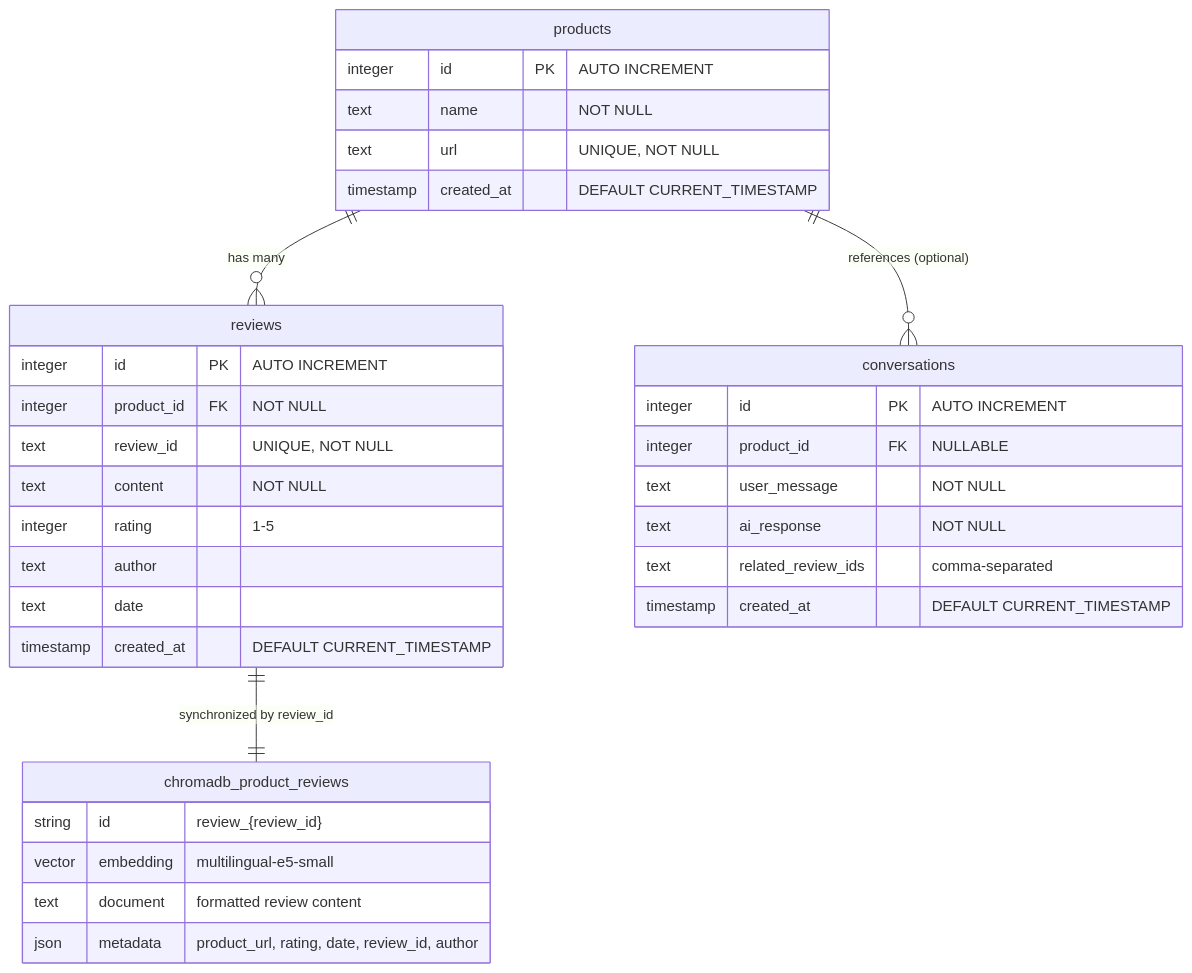
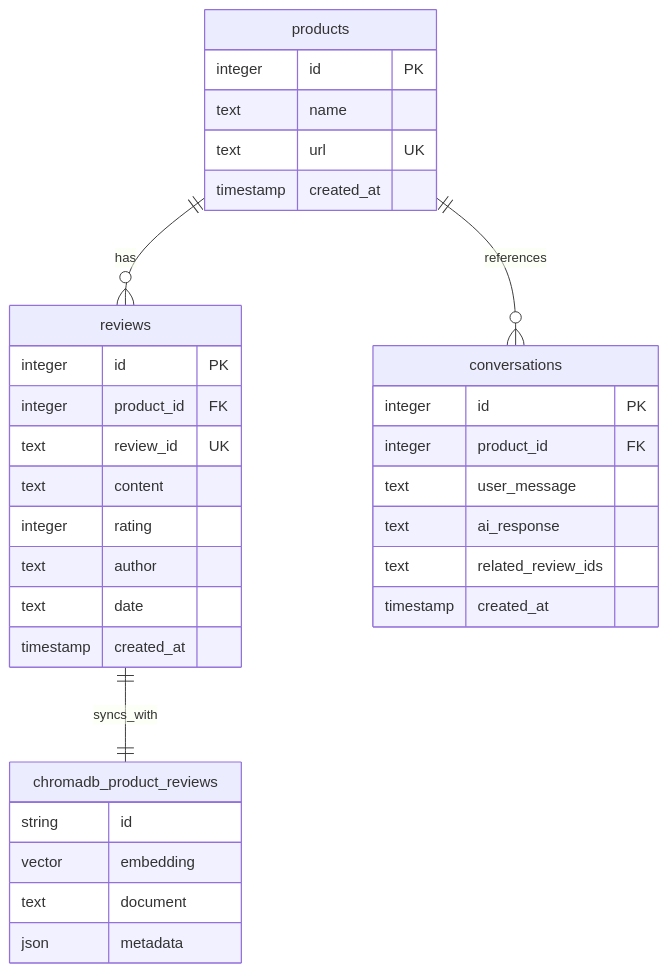
Before and after one commit to phantomer-ai/review_talk: the diagram in ERD.md, drawn with Mermaid. The commit also changed 18 other files, not shown here.

First line of the commit message:
ERD 및 데이터베이스 초기화 스크립트 수정

````diff
--- a/ERD.md
+++ b/ERD.md
@@ -14,40 +14,40 @@
 ```mermaid
 erDiagram
     products {
-        integer id PK "AUTO INCREMENT"
-        text name "NOT NULL"
-        text url "UNIQUE, NOT NULL"
-        timestamp created_at "DEFAULT CURRENT_TIMESTAMP"
+        integer id PK
+        text name
+        text url UK
+        timestamp created_at
     }
     
     reviews {
-        integer id PK "AUTO INCREMENT"
-        integer product_id FK "NOT NULL"
-        text review_id "UNIQUE, NOT NULL"
-        text content "NOT NULL"
-        integer rating "1-5"
+        integer id PK
+        integer product_id FK
+        text review_id UK
+        text content
+        integer rating
         text author
         text date
-        timestamp created_at "DEFAULT CURRENT_TIMESTAMP"
+        timestamp created_at
     }
     
     conversations {
-        integer id PK "AUTO INCREMENT"
-        integer product_id FK "NULLABLE"
-        text user_message "NOT NULL"
-        text ai_response "NOT NULL"
-        text related_review_ids "comma-separated"
-        timestamp created_at "DEFAULT CURRENT_TIMESTAMP"
+        integer id PK
+        integer product_id FK
+        text user_message
+        text ai_response
+        text related_review_ids
+        timestamp created_at
     }
     
     chromadb_product_reviews {
-        string id "review_{review_id}"
-        vector embedding "multilingual-e5-small"
-        text document "formatted review content"
-        json metadata "product_url, rating, date, review_id, author"
+        string id
+        vector embedding
+        text document
+        json metadata
     }
     
-    products ||--o{ reviews : "has many"
-    products ||--o{ conversations : "references (optional)"
-    reviews ||--|| chromadb_product_reviews : "synchronized by review_id"
+    products ||--o{ reviews : "has"
+    products ||--o{ conversations : "references"
+    reviews ||--|| chromadb_product_reviews : "syncs_with"
 ```
````
